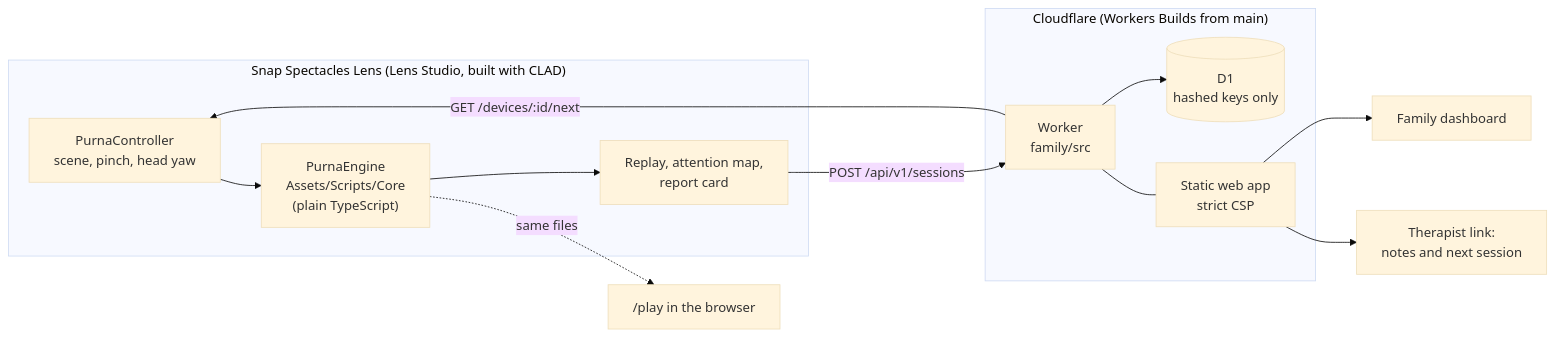
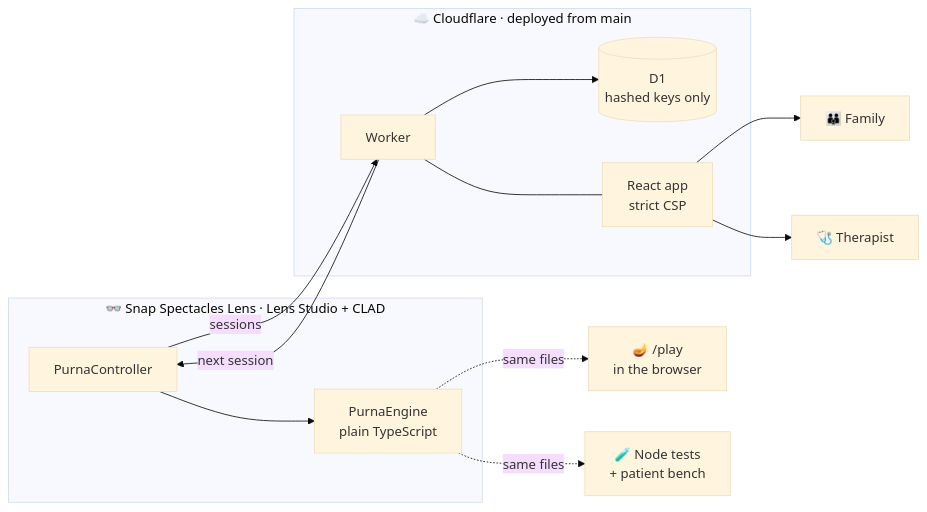
One commit to harshbhx/purna changed the second of 2 diagrams in README.md. Above: the diagram before and after it, drawn with Mermaid (base theme). The commit also changed other lines of this file and 21 other files, not shown here.

````diff
--- a/README.md
+++ b/README.md
@@ -169,16 +121,16 @@
 ```mermaid
 flowchart LR
-  subgraph Glasses["Snap Spectacles Lens (Lens Studio, built with CLAD)"]
-    C["PurnaController<br/>scene, pinch, head yaw"] --> E["PurnaEngine<br/>Assets/Scripts/Core<br/>(plain TypeScript)"]
-    E --> R["Replay, attention map,<br/>report card"]
+  subgraph L["👓 Snap Spectacles Lens · Lens Studio + CLAD"]
+    C["PurnaController"] --> E["PurnaEngine<br/>plain TypeScript"]
   end
-  E -. "same files" .-> P["/play in the browser"]
-  R -- "POST /api/v1/sessions" --> W
-  W -- "GET /devices/:id/next" --> C
-  subgraph CF["Cloudflare (Workers Builds from main)"]
-    W["Worker<br/>family/src"] --> D[("D1<br/>hashed keys only")]
-    W --- A["Static web app<br/>strict CSP"]
+  E -. same files .-> P["🪔 /play<br/>in the browser"]
+  E -. same files .-> N["🧪 Node tests<br/>+ patient bench"]
+  C -- sessions --> W
+  W -- next session --> C
+  subgraph CF["☁️ Cloudflare · deployed from main"]
+    W["Worker"] --> D[("D1<br/>hashed keys only")]
+    W --- A["React app<br/>strict CSP"]
   end
-  A --> F["Family dashboard"]
-  A --> T["Therapist link:<br/>notes and next session"]
+  A --> F["👪 Family"]
+  A --> T["🩺 Therapist"]
 ```
````
